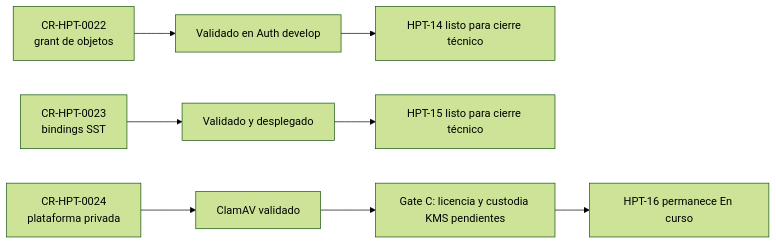
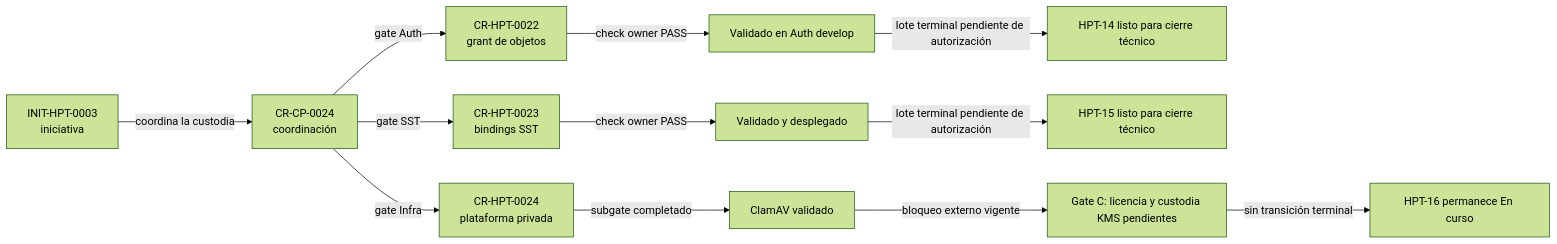
Before and after one commit to afpogo/4uentes-ards-control-plane: the diagram in evidence/requests/CR-CP-0024/custody-first-gates-technical-closure-2026-09-10.md, drawn with Mermaid (forest theme). The commit also changed other lines of this file, not shown here.

Commit message:
docs(hpt): validate custody closure lifecycle map

````diff
--- a/evidence/requests/CR-CP-0024/custody-first-gates-technical-closure-2026-09-10.md
+++ b/evidence/requests/CR-CP-0024/custody-first-gates-technical-closure-2026-09-10.md
@@ -13,10 +34,14 @@
 ```mermaid
 flowchart LR
-  A[CR-HPT-0022<br/>grant de objetos] --> A1[Validado en Auth develop]
-  B[CR-HPT-0023<br/>bindings SST] --> B1[Validado y desplegado]
-  A1 --> C[HPT-14 listo para cierre técnico]
-  B1 --> D[HPT-15 listo para cierre técnico]
-  E[CR-HPT-0024<br/>plataforma privada] --> E1[ClamAV validado]
-  E1 --> E2[Gate C: licencia y custodia KMS pendientes]
-  E2 --> F[HPT-16 permanece En curso]
+  G[INIT-HPT-0003<br/>iniciativa] -->|coordina la custodia| H[CR-CP-0024<br/>coordinación]
+  H -->|gate Auth| A
+  H -->|gate SST| B
+  H -->|gate Infra| E
+  A[CR-HPT-0022<br/>grant de objetos] -->|check owner PASS| A1[Validado en Auth develop]
+  B[CR-HPT-0023<br/>bindings SST] -->|check owner PASS| B1[Validado y desplegado]
+  A1 -->|lote terminal pendiente de autorización| C[HPT-14 listo para cierre técnico]
+  B1 -->|lote terminal pendiente de autorización| D[HPT-15 listo para cierre técnico]
+  E[CR-HPT-0024<br/>plataforma privada] -->|subgate completado| E1[ClamAV validado]
+  E1 -->|bloqueo externo vigente| E2[Gate C: licencia y custodia KMS pendientes]
+  E2 -->|sin transición terminal| F[HPT-16 permanece En curso]
 ```
````
